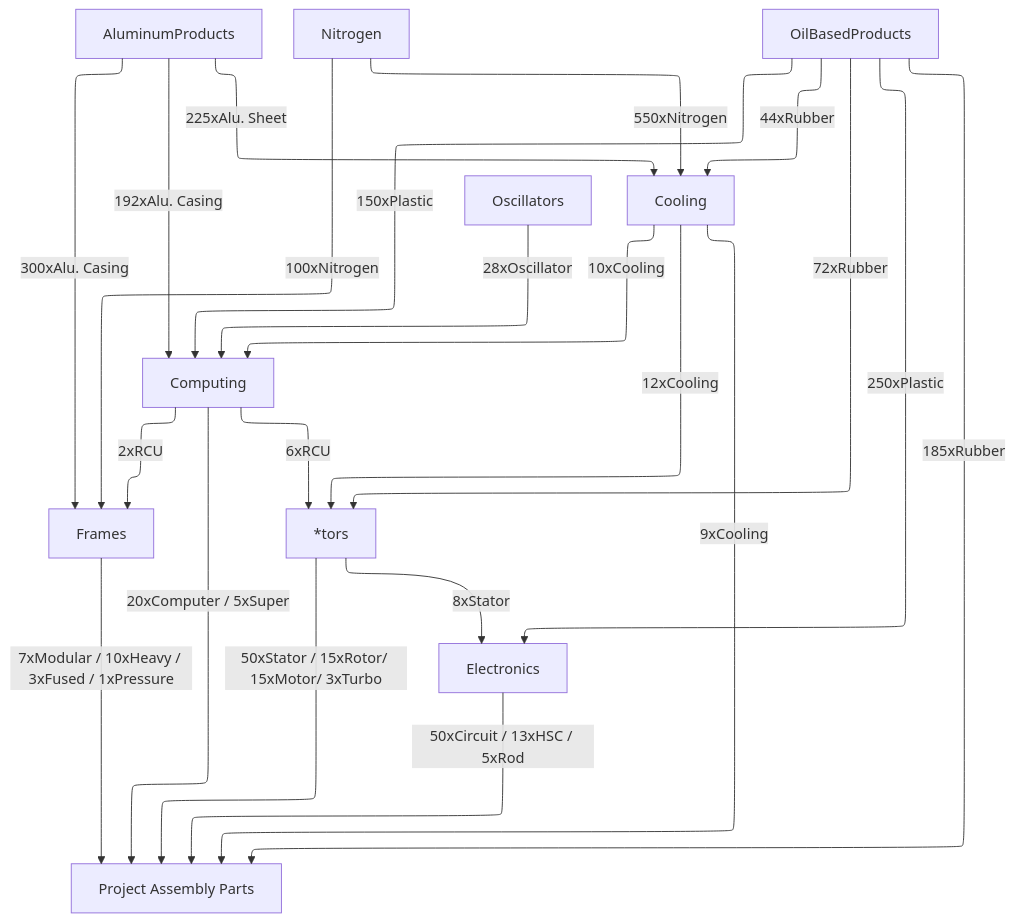
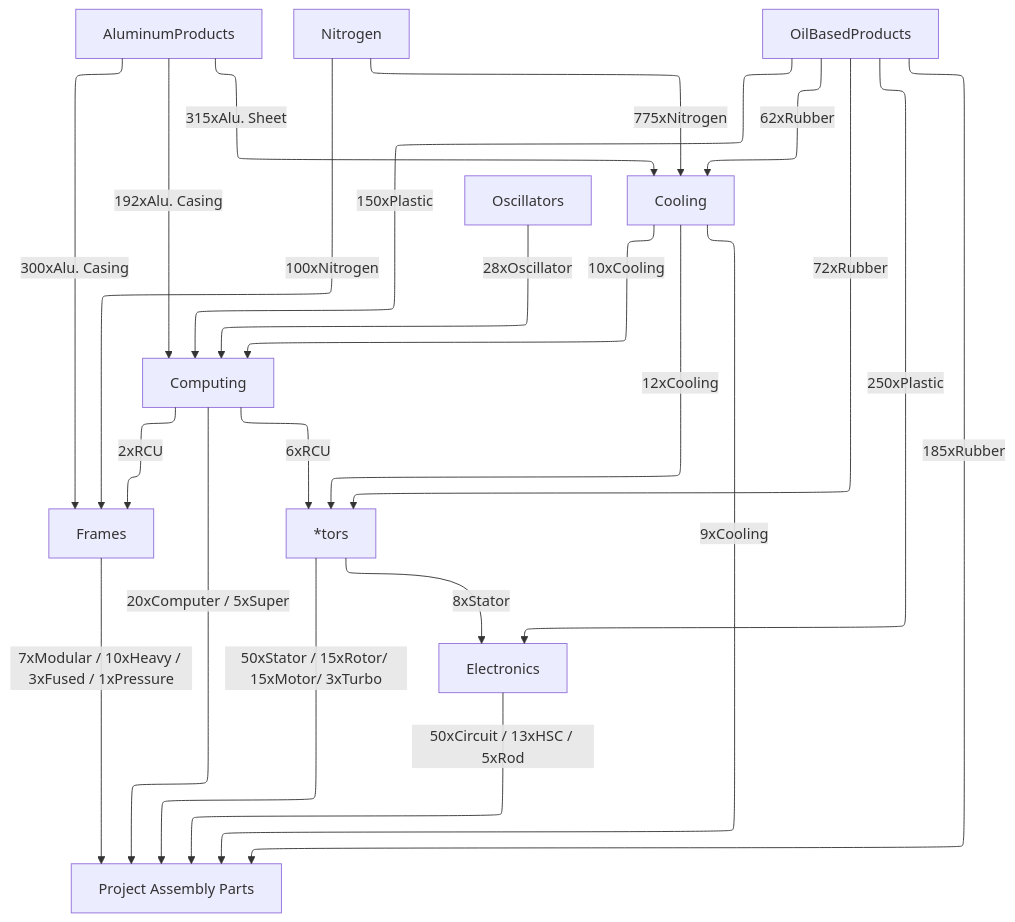
The diagram in src/train_connections.mermaid (totobest/satis-master-plan), drawn with Mermaid before and after one commit. The commit also changed 2 other files, not shown here.

Commit message:
fix cooling numbers

```diff
--- a/src/train_connections.mermaid
+++ b/src/train_connections.mermaid
@@ -1,45 +1,45 @@
 ---
 config:
   layout: elk
 ---
 
 flowchart TD
 
     AluminumProducts
 
     Oscillators
 
     Nitrogen
 
     AluminumProducts -- 300xAlu. Casing --> Frames
     Computing -- 2xRCU --> Frames
     Nitrogen -- 100xNitrogen --> Frames
     Frames
 
     OilBasedProducts -- 250xPlastic --> Electronics
     Motors -- 8xStator --> Electronics
     Electronics
 
     OilBasedProducts -- 72xRubber --> Motors
     Cooling -- 12xCooling --> Motors
     Computing -- 6xRCU --> Motors
     Motors["*tors"]
 
-    AluminumProducts -- 225xAlu. Sheet --> Cooling
-    OilBasedProducts -- 44xRubber --> Cooling
-    Nitrogen -- 550xNitrogen --> Cooling
+    AluminumProducts -- 315xAlu. Sheet --> Cooling
+    OilBasedProducts -- 62xRubber --> Cooling
+    Nitrogen -- 775xNitrogen --> Cooling
     Cooling
 
     OilBasedProducts -- 150xPlastic --> Computing
     Oscillators -- 28xOscillator --> Computing
     AluminumProducts -- 192xAlu. Casing --> Computing
     Cooling -- 10xCooling--> Computing
     Computing
 
     OilBasedProducts -- 185xRubber --> ProjectAssembly
     Motors -- 50xStator / 15xRotor/ 15xMotor/ 3xTurbo --> ProjectAssembly
     Frames -- 7xModular / 10xHeavy / 3xFused / 1xPressure --> ProjectAssembly
     Electronics -- 50xCircuit / 13xHSC / 5xRod --> ProjectAssembly
     Cooling -- 9xCooling--> ProjectAssembly
     Computing -- 20xComputer / 5xSuper --> ProjectAssembly
     ProjectAssembly["Project Assembly Parts"]
```
